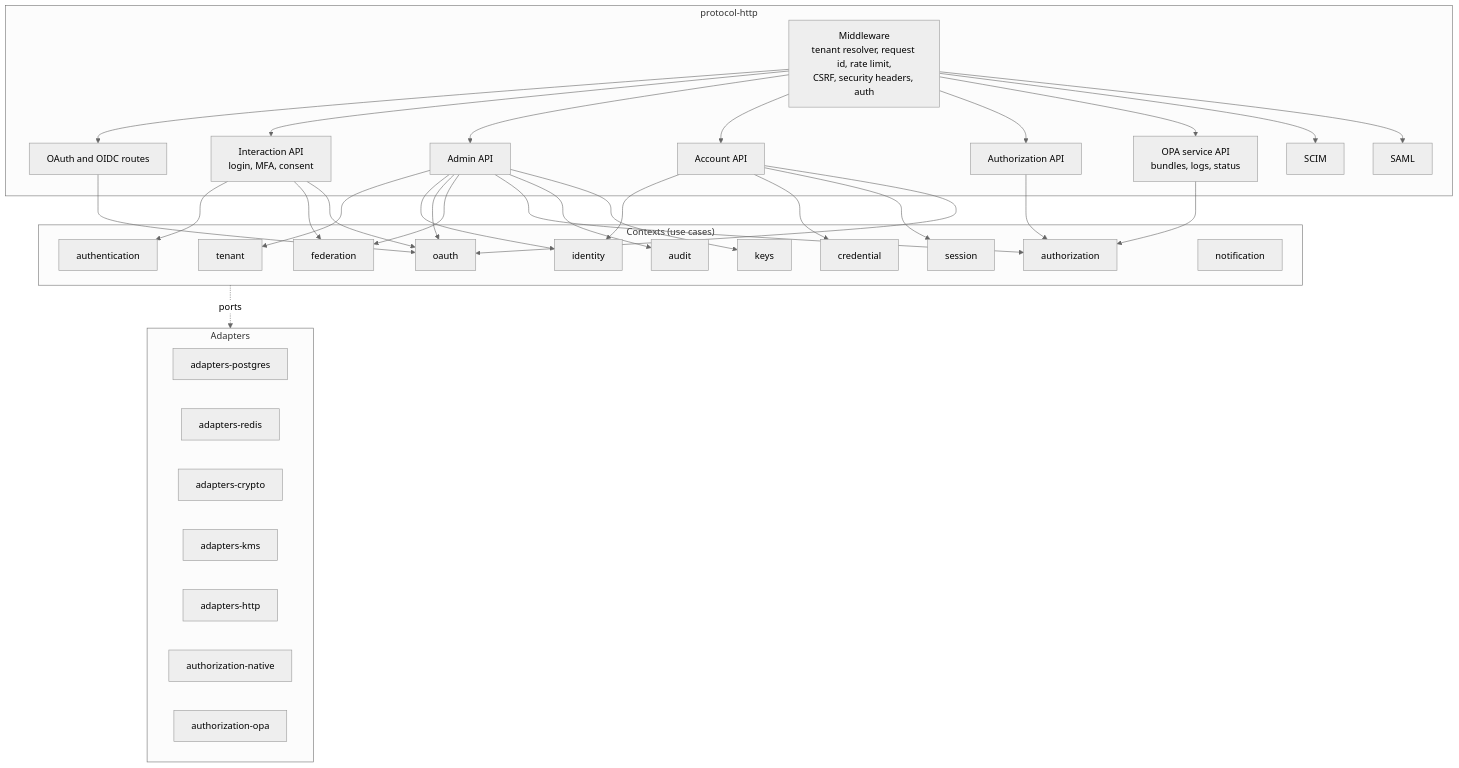
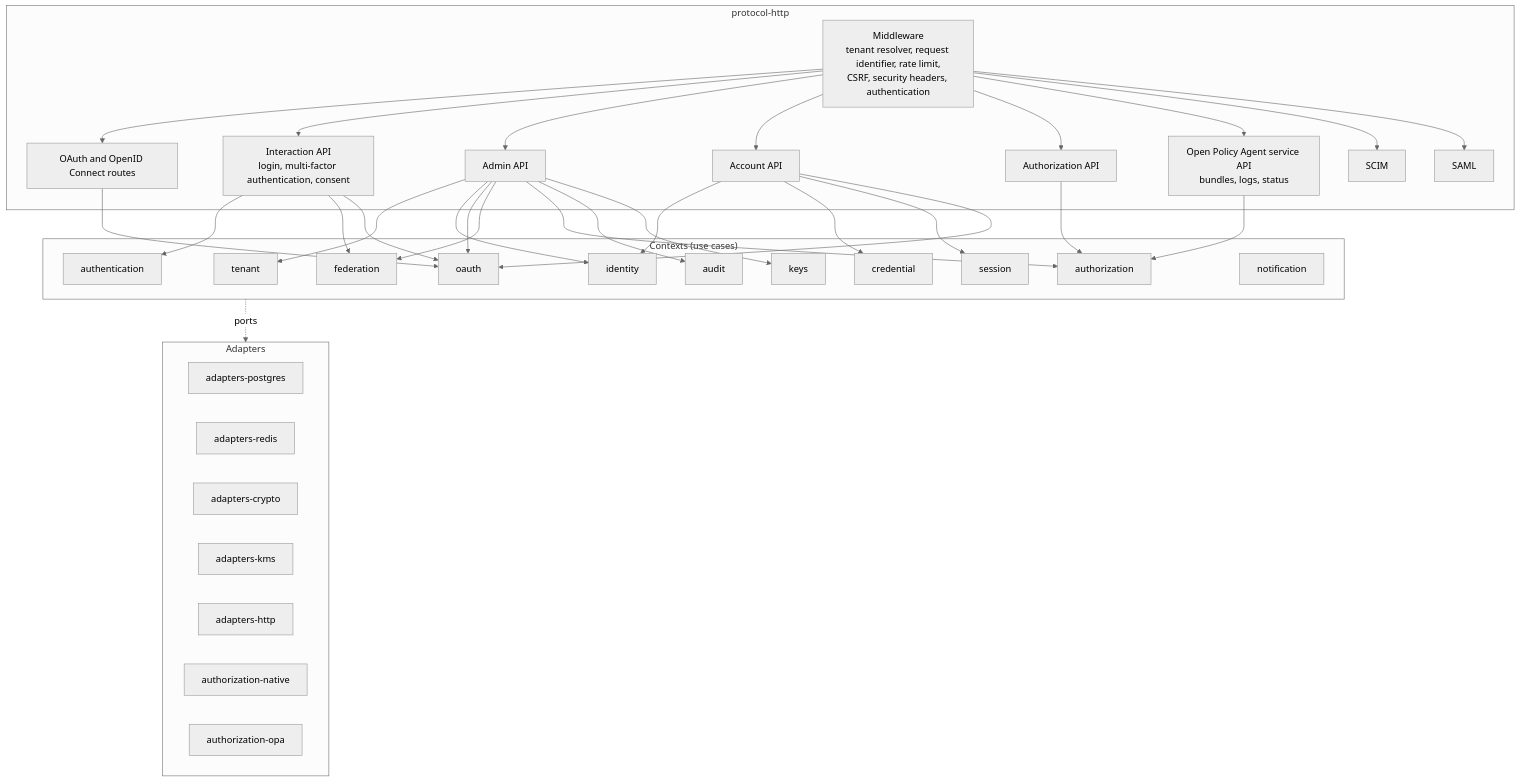
The third of 5 diagrams in docs/architecture/overview.md (ortisun/hodor), drawn with Mermaid (neutral theme) before and after one commit. The commit also changed other lines of this file and 48 other files, not shown here.

````diff
--- a/docs/architecture/overview.md
+++ b/docs/architecture/overview.md
@@ -108,47 +108,47 @@
 ```mermaid
 flowchart TB
-    subgraph http["protocol-http"]
-        mw["Middleware<br/>tenant resolver, request id, rate limit,<br/>CSRF, security headers, auth"]
-        r_oauth["OAuth and OIDC routes"]
-        r_inter["Interaction API<br/>login, MFA, consent"]
-        r_admin["Admin API"]
-        r_account["Account API"]
-        r_authz["Authorization API"]
-        r_opa["OPA service API<br/>bundles, logs, status"]
-        r_scim["SCIM"]
-        r_saml["SAML"]
+    subgraph protocolHttp["protocol-http"]
+        middleware["Middleware<br/>tenant resolver, request identifier, rate limit,<br/>CSRF, security headers, authentication"]
+        oauthRoutes["OAuth and OpenID Connect routes"]
+        interactionRoutes["Interaction API<br/>login, multi-factor authentication, consent"]
+        adminRoutes["Admin API"]
+        accountRoutes["Account API"]
+        authorizationRoutes["Authorization API"]
+        policyAgentRoutes["Open Policy Agent service API<br/>bundles, logs, status"]
+        scimRoutes["SCIM"]
+        samlRoutes["SAML"]
     end
 
-    subgraph ctx["Contexts (use cases)"]
+    subgraph contexts["Contexts (use cases)"]
         tenant
         identity
         credential
         session
         authentication
         federation
         oauth
         keys
         authorization
         audit
         notification
     end
 
     subgraph adapters["Adapters"]
-        a_pg["adapters-postgres"]
-        a_redis["adapters-redis"]
-        a_crypto["adapters-crypto"]
-        a_kms["adapters-kms"]
-        a_http["adapters-http"]
-        a_native["authorization-native"]
-        a_opa["authorization-opa"]
+        adaptersPostgres["adapters-postgres"]
+        adaptersRedis["adapters-redis"]
+        adaptersCrypto["adapters-crypto"]
+        adaptersKeyService["adapters-kms"]
+        adaptersHttp["adapters-http"]
+        authorizationNative["authorization-native"]
+        authorizationPolicyAgent["authorization-opa"]
     end
 
-    mw --> r_oauth & r_inter & r_admin & r_account & r_authz & r_opa & r_scim & r_saml
-    r_oauth --> oauth
-    r_inter --> authentication & federation & oauth
-    r_admin --> tenant & identity & oauth & federation & authorization & audit & keys
-    r_account --> identity & credential & session & oauth
-    r_authz --> authorization
-    r_opa --> authorization
-    ctx -. "ports" .-> adapters
+    middleware --> oauthRoutes & interactionRoutes & adminRoutes & accountRoutes & authorizationRoutes & policyAgentRoutes & scimRoutes & samlRoutes
+    oauthRoutes --> oauth
+    interactionRoutes --> authentication & federation & oauth
+    adminRoutes --> tenant & identity & oauth & federation & authorization & audit & keys
+    accountRoutes --> identity & credential & session & oauth
+    authorizationRoutes --> authorization
+    policyAgentRoutes --> authorization
+    contexts -. "ports" .-> adapters
 ```
````
